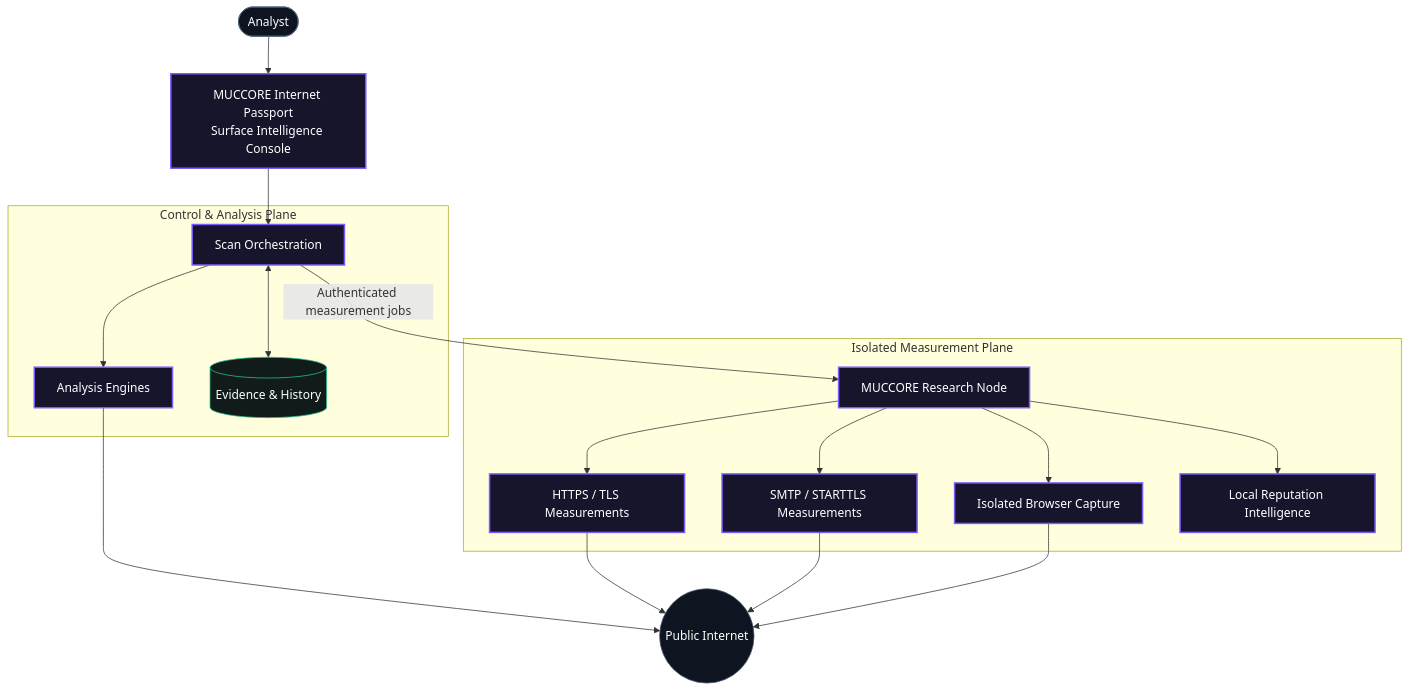
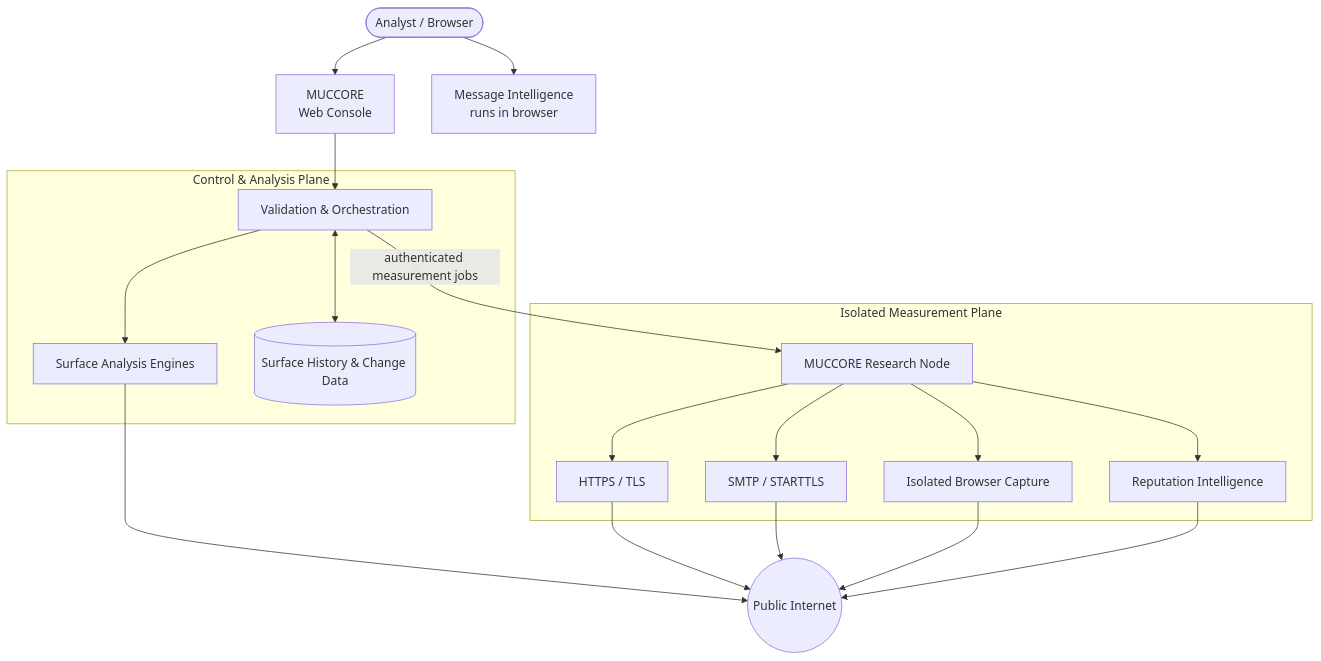
One commit to mchdIron/muccore-internet-passport changed the second of 2 diagrams in README.md. Above: the diagram before and after it, drawn with Mermaid. The commit also changed other lines of this file, not shown here.

Commit message:
Refresh product documentation for current MUCCORE architecture

````diff
--- a/README.md
+++ b/README.md
@@ -85,38 +106,37 @@
 ```mermaid
 flowchart TB
-    U([Analyst]) --> UI["MUCCORE Internet Passport<br/>Surface Intelligence Console"]
+    U(["Analyst / Browser"])
+    UI["MUCCORE<br/>Web Console"]
 
     subgraph CP["Control & Analysis Plane"]
-        O["Scan Orchestration"]
-        A["Analysis Engines"]
-        S[("Evidence & History")]
-        O --> A
-        O <--> S
+        O["Validation & Orchestration"]
+        A["Surface Analysis Engines"]
+        H[("Surface History & Change Data")]
     end
 
     subgraph MP["Isolated Measurement Plane"]
         N["MUCCORE Research Node"]
-        TP["HTTPS / TLS Measurements"]
-        SP["SMTP / STARTTLS Measurements"]
-        BP["Isolated Browser Capture"]
-        RP["Local Reputation Intelligence"]
-        N --> TP
-        N --> SP
-        N --> BP
-        N --> RP
+        T["HTTPS / TLS"]
+        S["SMTP / STARTTLS"]
+        B["Isolated Browser Capture"]
+        R["Reputation Intelligence"]
     end
 
+    M["Message Intelligence<br/>runs in browser"]
+
+    U --> UI
+    U --> M
     UI --> O
-    O -->|"Authenticated measurement jobs"| N
-    A --> NET((Public Internet))
-    TP --> NET
-    SP --> NET
-    BP --> NET
-
-    classDef edge fill:#17152b,stroke:#7c5cff,color:#fff,stroke-width:2px;
-    classDef plane fill:#0e1420,stroke:#53657d,color:#fff;
-    classDef data fill:#101b1a,stroke:#29c995,color:#fff;
-    class UI,O,A,N,TP,SP,BP,RP edge;
-    class U,NET plane;
-    class S data;
+    O --> A
+    O <--> H
+    O -->|"authenticated measurement jobs"| N
+    N --> T
+    N --> S
+    N --> B
+    N --> R
+    A --> NET(("Public Internet"))
+    T --> NET
+    S --> NET
+    B --> NET
+    R --> NET
 ```
````
